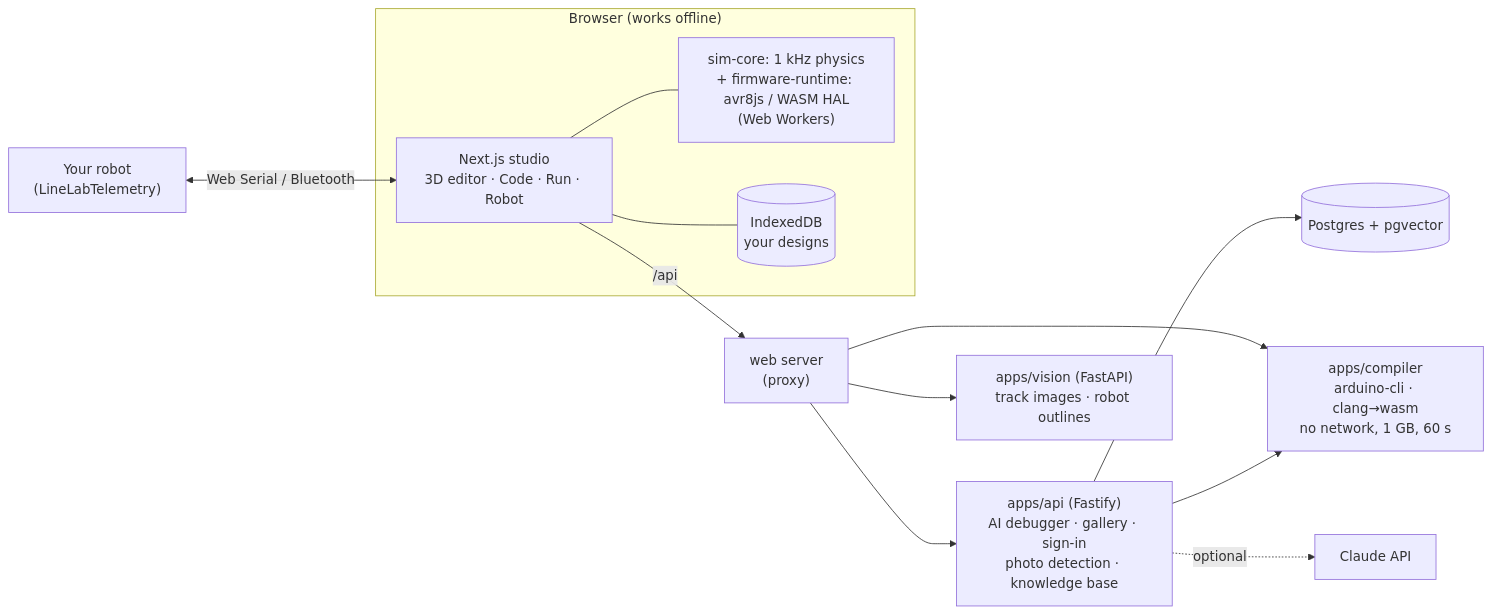
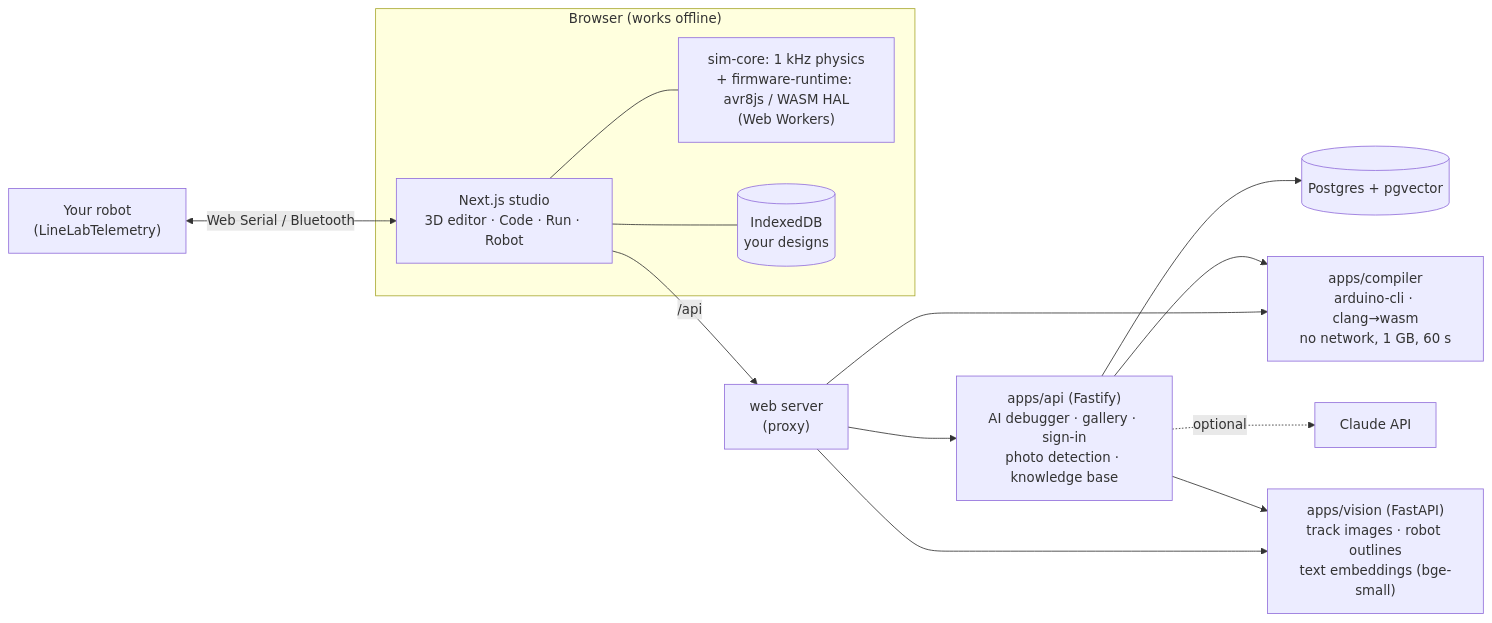
The diagram in README.md (AK1725/LineLab), drawn with Mermaid before and after one commit. The commit also changed other lines of this file and 27 other files, not shown here.

````diff
--- a/README.md
+++ b/README.md
@@ -49,18 +49,19 @@
 ```mermaid
 flowchart LR
   subgraph Browser["Browser (works offline)"]
     UI["Next.js studio<br/>3D editor · Code · Run · Robot"]
     SIM["sim-core: 1 kHz physics<br/>+ firmware-runtime: avr8js / WASM HAL<br/>(Web Workers)"]
     IDB[("IndexedDB<br/>your designs")]
     UI --- SIM
     UI --- IDB
   end
   UI -- "/api" --> WEB["web server<br/>(proxy)"]
   WEB --> API["apps/api (Fastify)<br/>AI debugger · gallery · sign-in<br/>photo detection · knowledge base"]
   WEB --> COMP["apps/compiler<br/>arduino-cli · clang→wasm<br/>no network, 1 GB, 60 s"]
-  WEB --> VIS["apps/vision (FastAPI)<br/>track images · robot outlines"]
+  WEB --> VIS["apps/vision (FastAPI)<br/>track images · robot outlines<br/>text embeddings (bge-small)"]
   API --> PG[("Postgres + pgvector")]
   API --> COMP
+  API --> VIS
   API -. "optional" .-> CLAUDE["Claude API"]
   Robot["Your robot<br/>(LineLabTelemetry)"] <-- "Web Serial / Bluetooth" --> UI
 ```
````
